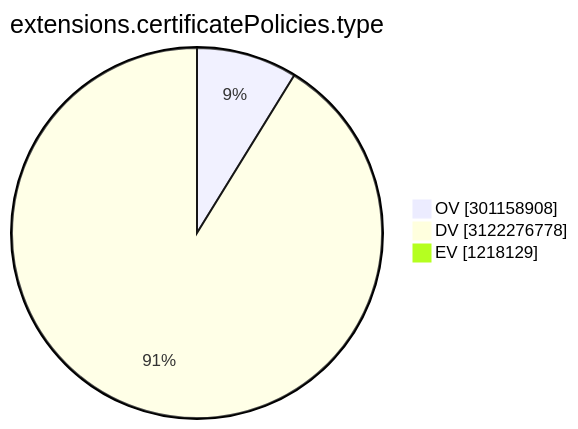
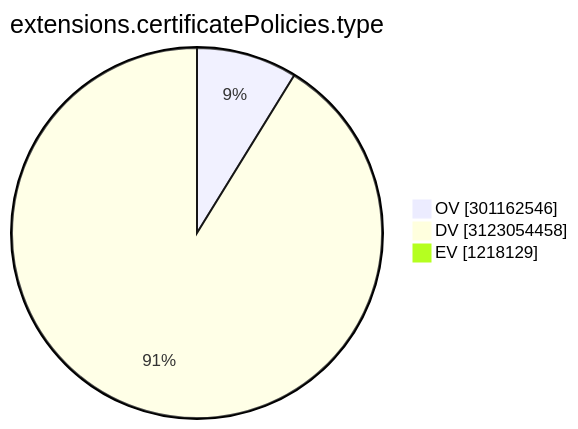
One commit to christiankrug/ctmonitor_visualization changed the ninth of 15 diagrams in TOTAL/README.md. Above: the diagram before and after it, drawn with Mermaid. The commit also changed other lines of this file, not shown here.

````diff
--- a/TOTAL/README.md
+++ b/TOTAL/README.md
@@ -3104,7 +3104,7 @@
 ```mermaid
 pie showData
 title extensions.certificatePolicies.type
-"OV" :301158908
-"DV" :3122276778
+"OV" :301162546
+"DV" :3123054458
 "EV" :1218129
 ```
````
